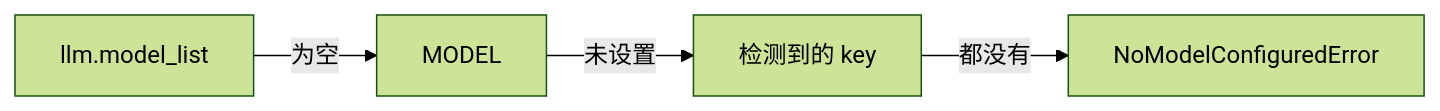
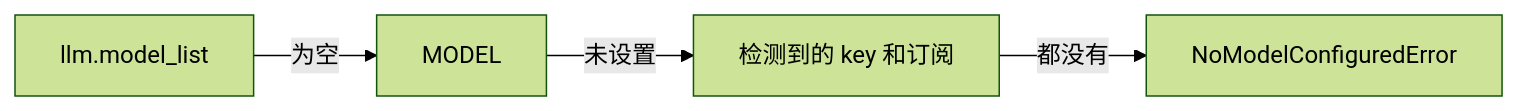
One commit to Ynewtime/markitai changed the diagram in website/zh/guide/python-api.md. Above: the diagram before and after it, drawn with Mermaid (forest theme). The commit also changed other lines of this file and 38 other files, not shown here.

````diff
--- a/website/zh/guide/python-api.md
+++ b/website/zh/guide/python-api.md
@@ -53,6 +55,6 @@
 ```mermaid
 flowchart LR
   L[llm.model_list] -->|为空| M[MODEL]
-  M -->|未设置| D[检测到的 key]
+  M -->|未设置| D[检测到的 key 和订阅]
   D -->|都没有| E[NoModelConfiguredError]
 ```
````
